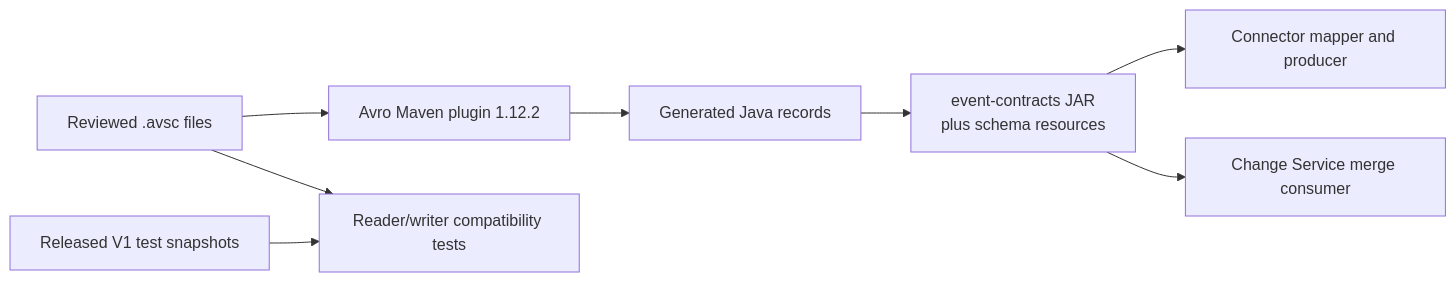
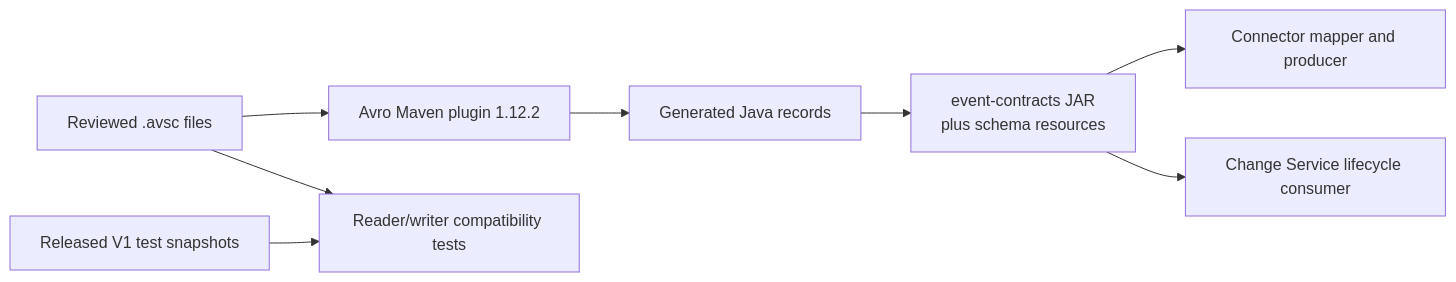
The third of 4 diagrams in backend/event-contracts/README.md (ChangeGuardHQ/changuard-platform), drawn with Mermaid before and after one commit. The commit also changed other lines of this file and 38 other files, not shown here.

````diff
--- a/backend/event-contracts/README.md
+++ b/backend/event-contracts/README.md
@@ -73,10 +73,10 @@
 ```mermaid
 flowchart LR
     Source["Reviewed .avsc files"] --> Plugin["Avro Maven plugin 1.12.2"]
     Plugin --> Records["Generated Java records"]
     Records --> Jar["event-contracts JAR<br/>plus schema resources"]
     Jar --> Connector["Connector mapper and producer"]
-    Jar --> Consumer["Change Service merge consumer"]
+    Jar --> Consumer["Change Service lifecycle consumer"]
     Baseline["Released V1 test snapshots"] --> Check["Reader/writer compatibility tests"]
     Source --> Check
 ```
````
